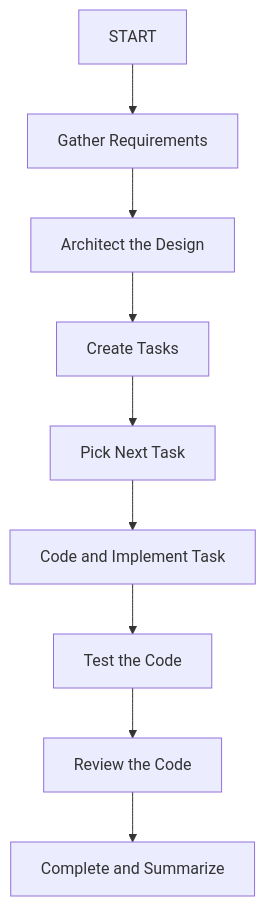
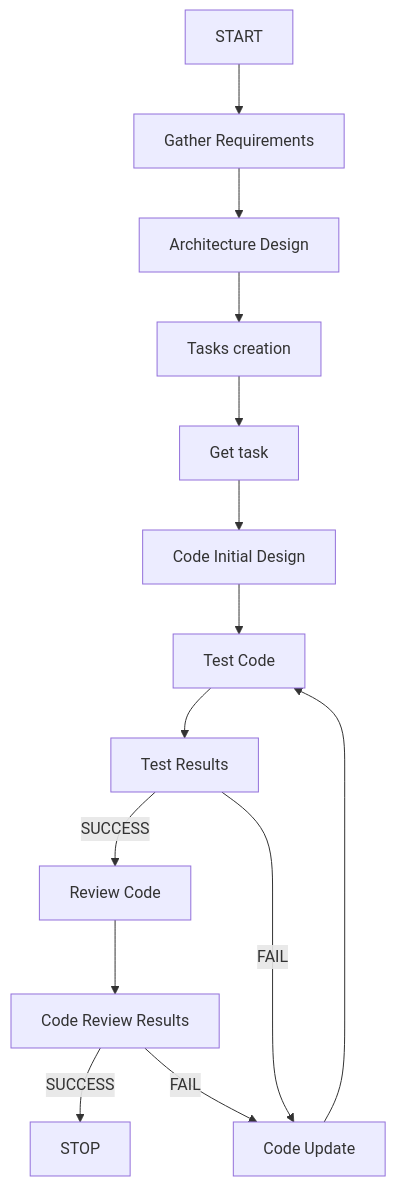
Before and after one commit to Moonsong-Labs/ai-nexus: the diagram in src/orchestrator/memory/project_states.md, drawn with Mermaid.

Commit message:
Fix flowchart

````diff
--- a/src/orchestrator/memory/project_states.md
+++ b/src/orchestrator/memory/project_states.md
@@ -15,11 +15,16 @@
 ```mermaid
 graph TD;
     START --> RQ[Gather Requirements];
-    RQ --> AR[Architect the Design];
-    AR --> TM[Create Tasks];
-    TM --> NT[Pick Next Task];
-    NT --> CI[Code and Implement Task];
-    CI --> TS[Test the Code];
-    TS --> RW[Review the Code];
-    RW --> STOP[Complete and Summarize];
+    RQ --> AR[Architecture Design];
+    AR --> TM[Tasks creation];
+    TM --> GT[Get task];
+    GT --> CI[Code Initial Design]
+    CI --> TS[Test Code];
+    TS --> TR[Test Results];
+    TR --> |SUCCESS| RW[Review Code];
+    TR --> |FAIL| CU[Code Update];
+    CU --> TS;
+    RW --> RR[Code Review Results];
+    RR --> |SUCCESS| STOP;
+    RR --> |FAIL| CU[Code Update];
 ```
````
